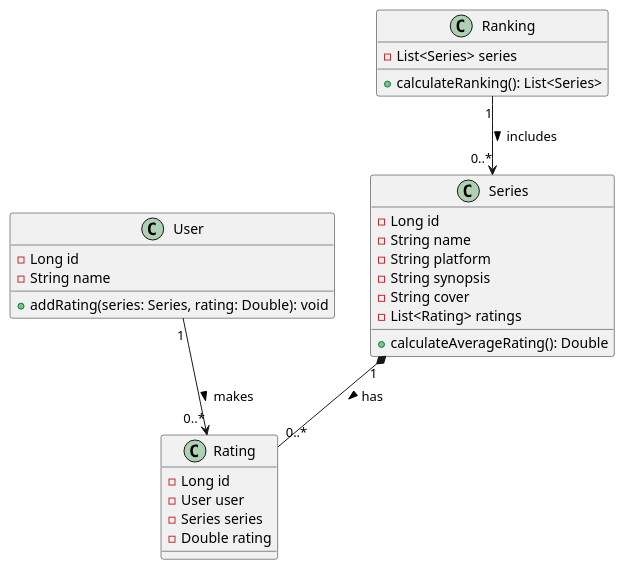
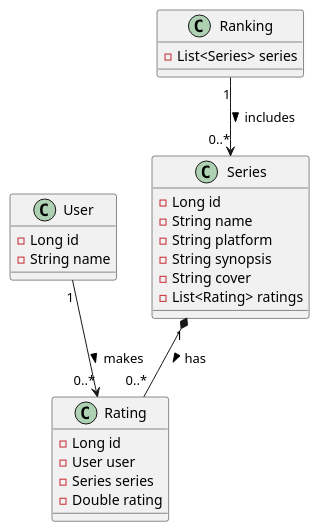
The diagram in doc/model.puml (Javi3rHR/series-ranking-backend), drawn with PlantUML before and after one commit. The commit also changed 1 other file, not shown here.

Commit message:
update/ diagrams

```diff
--- a/doc/model.puml
+++ b/doc/model.puml
@@ -1,40 +1,37 @@
 @startuml
 
 class Series {
     - Long id
     - String name
     - String platform
     - String synopsis
     - String cover
     - List<Rating> ratings
-    + calculateAverageRating(): Double
 }
 
 class Rating {
     - Long id
     - User user
     - Series series
     - Double rating
 }
 
 class User {
     - Long id
     - String name
-    + addRating(series: Series, rating: Double): void
 }
 
 class Ranking {
     - List<Series> series
-    + calculateRanking(): List<Series>
 }
 
 ' Composition relationship between Series and Rating
 Series "1" *-- "0..*" Rating : has >
 
 ' Association relationship between User and Rating
 User "1" --> "0..*" Rating : makes >
 
 ' Association relationship between Ranking and Series
 Ranking "1" --> "0..*" Series : includes >
 
 @enduml
```
